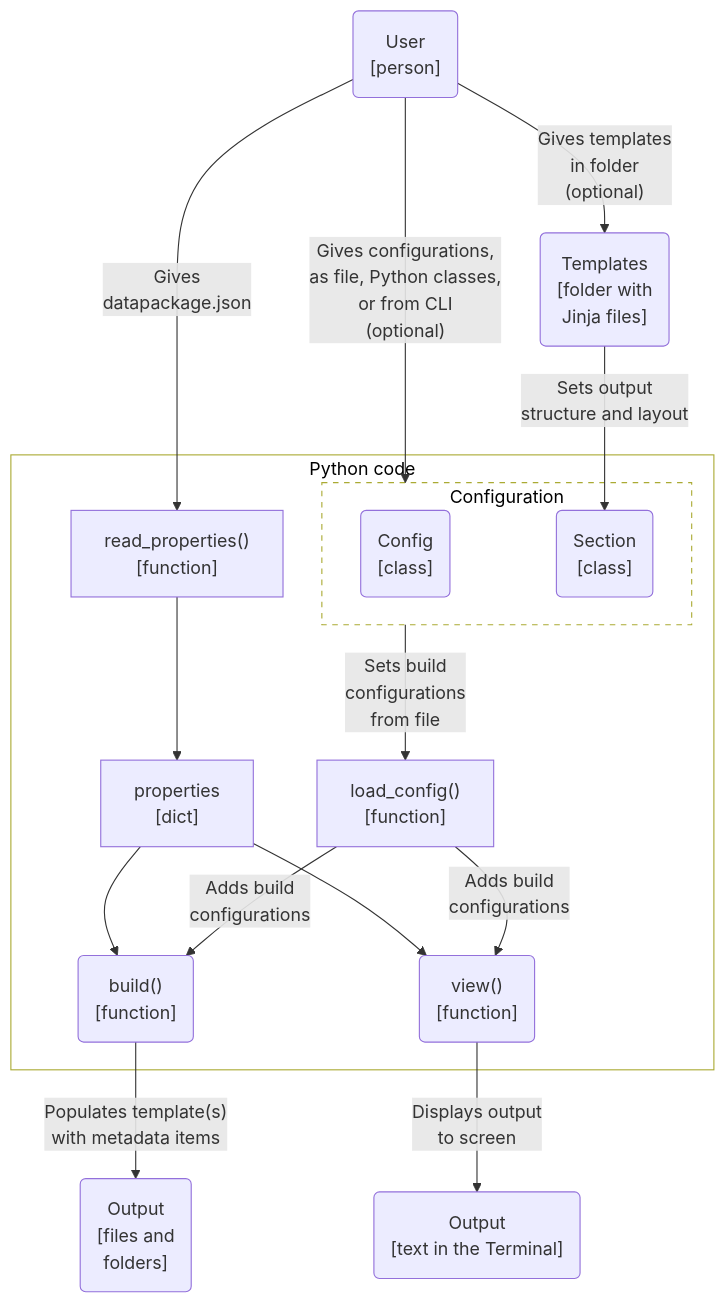
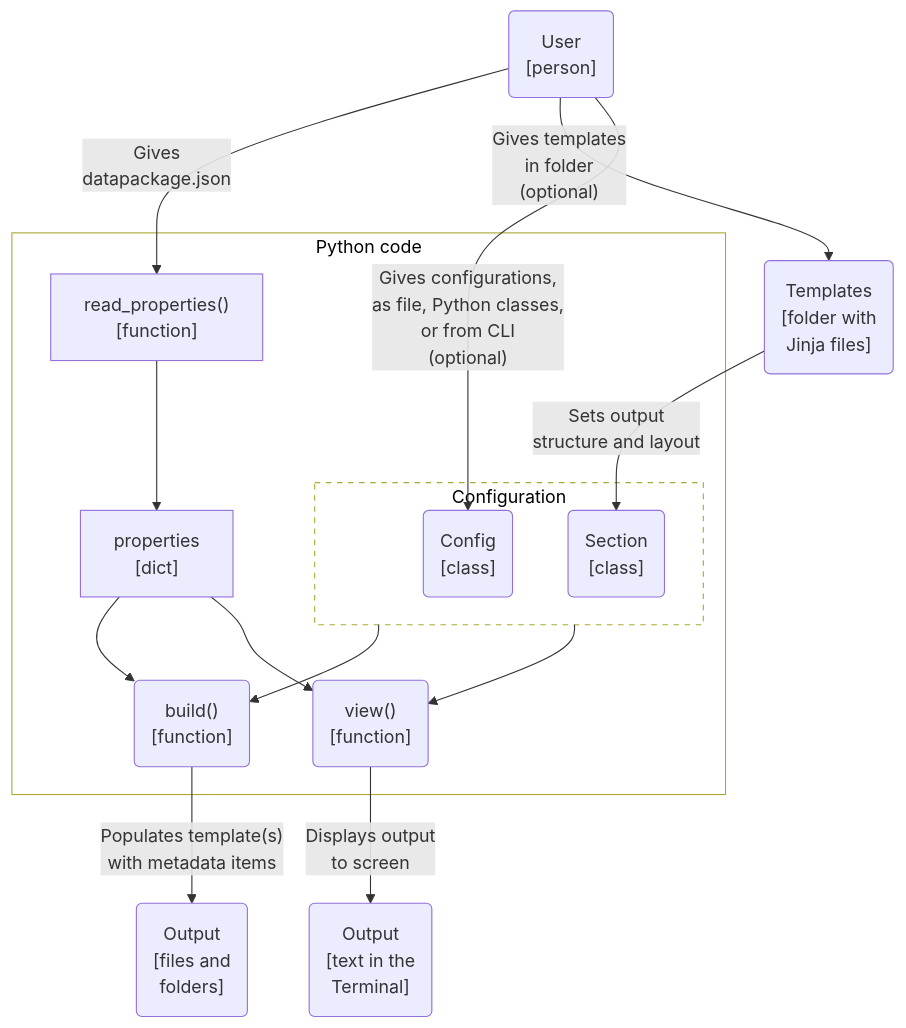
The third of 3 diagrams in docs/design/architecture.qmd (seedcase-project/seedcase-flower), drawn with Mermaid before and after one commit. The commit also changed 2 other files, not shown here.

Commit message:
docs: :building_construction: match design with how cyclopts handles config (#146)
# Description

Since cyclopts loads the config for us, this updates that.

Closes #136

Needs a quick review.

## Checklist

- [x] Ran `just run-all`

````diff
--- a/docs/design/architecture.qmd
+++ b/docs/design/architecture.qmd
@@ -233,41 +233,36 @@
 ```{mermaid}
 %%| label: fig-c4-component
 %%| fig-cap: "C4 component diagram showing the parts of the Python package that contribute to the CLI and their connections."
-flowchart
-
-    subgraph python_package["Python code"]
-
-        subgraph config_file["Configuration"]
+flowchart TB
+    subgraph package["Python code"]
+        subgraph cfg["Configuration"]
             config("Config<br>[class]")
             section("Section<br>[class]")
         end
 
-        load_config["load_config()<br>[function]"]
         read_properties["read_properties()<br>[function]"]
         properties["properties<br>[dict]"]
         build("build()<br>[function]")
         view("view()<br>[function]")
 
-        config_file -- "Sets build<br>configurations<br>from file" --> load_config
-
         read_properties --> properties
         properties --> build & view
-        load_config -- "Adds build<br>configurations" --> build & view
+        cfg --> build & view
     end
 
+    user("User<br>[person]")
     templates("Templates<br>[folder with<br>Jinja files]")
-    user("User<br>[person]")
     output_files("Output<br>[files and<br>folders]")
-    output_screen("Output<br>[text in the Terminal]")
+    output_screen("Output<br>[text in the<br>Terminal]")
 
+    user --"Gives<br>datapackage.json"--> read_properties
+    user --"Gives templates<br>in folder<br>(optional)"--> templates
+    user --"Gives configurations,<br>as file, Python classes,<br>or from CLI<br>(optional)"--> config
     templates --"Sets output<br>structure and layout"--> section
-    user --"Gives<br>datapackage.json"--> read_properties
-    user --"Gives configurations,<br>as file, Python classes,<br>or from CLI<br>(optional)"--> config_file
-    user --"Gives templates<br>in folder<br>(optional)"--> templates
     build --"Populates template(s)<br>with metadata items"--> output_files
     view --"Displays output<br>to screen"--> output_screen
 
     %% Styling
-    style python_package fill:#FFFFFF, color:#000000
-    style config_file fill:#FFFFFF, color:#000000, stroke-dasharray: 5 5
+    style package fill:#FFFFFF, color:#000000
+    style cfg fill:#FFFFFF, color:#000000, stroke-dasharray: 5 5
 ```
````
